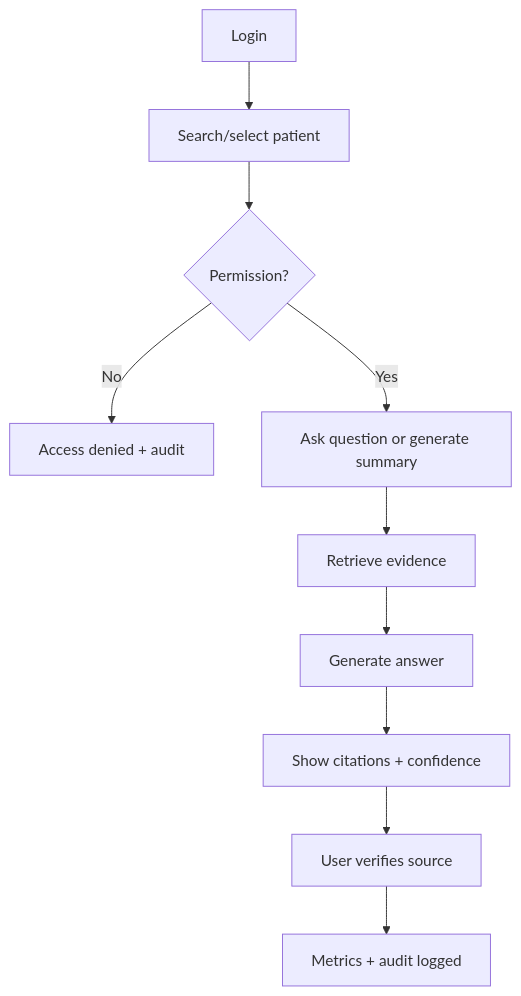
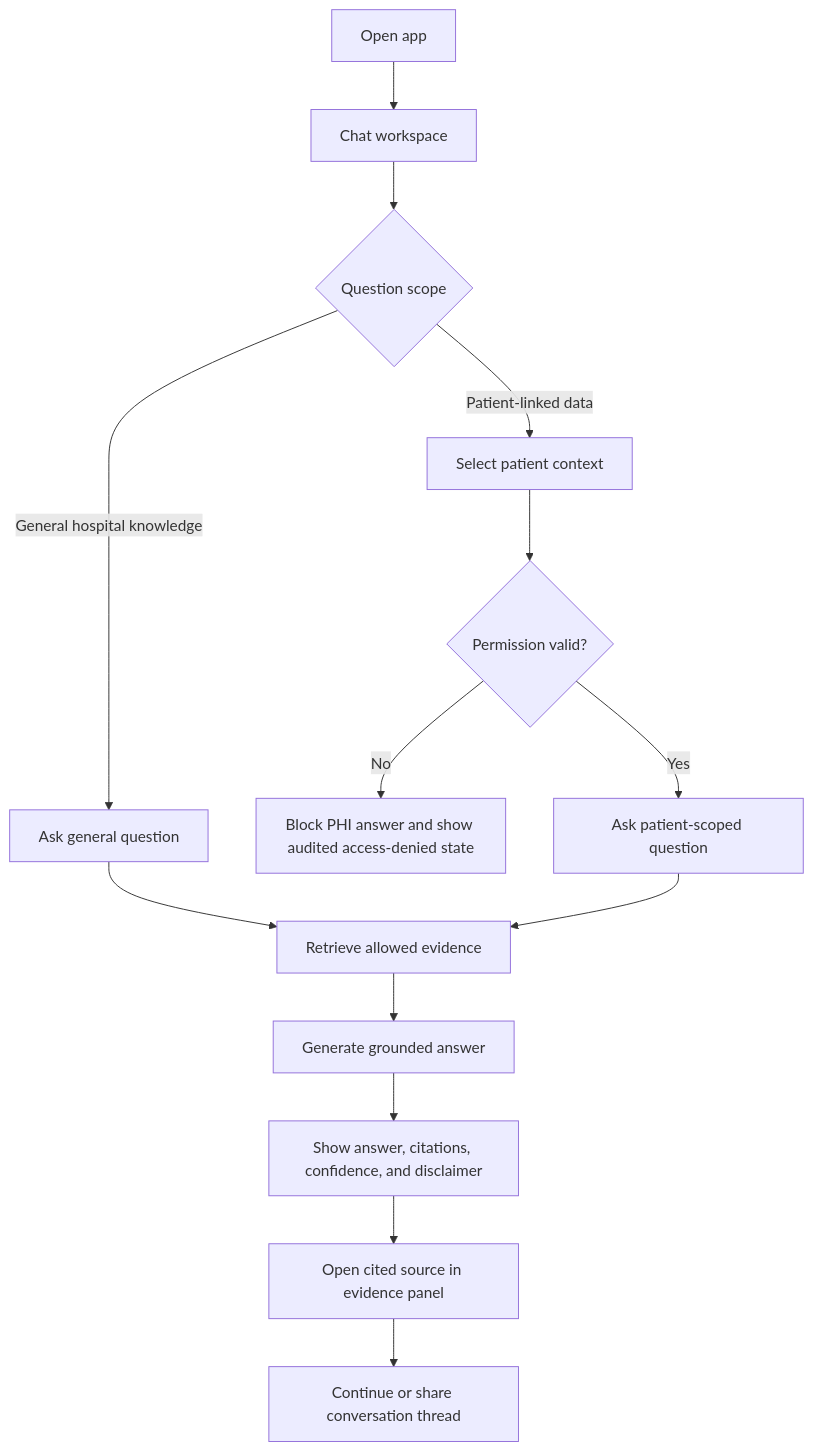
The diagram in docs/04_ui_ux_design_package.md (qwan30/chat-hospital-system), drawn with Mermaid before and after one commit. The commit also changed other lines of this file and 2 other files, not shown here.

Commit message:
feat(br-dyy.2): reconcile chat-first scope docs

````diff
--- a/docs/04_ui_ux_design_package.md
+++ b/docs/04_ui_ux_design_package.md
@@ -43,12 +67,16 @@
 ```mermaid
 flowchart TD
-    A[Login] --> B[Search/select patient]
-    B --> C{Permission?}
-    C -- No --> D[Access denied + audit]
-    C -- Yes --> E[Ask question or generate summary]
-    E --> F[Retrieve evidence]
-    F --> G[Generate answer]
-    G --> H[Show citations + confidence]
-    H --> I[User verifies source]
-    I --> J[Metrics + audit logged]
+    A[Open app] --> B[Chat workspace]
+    B --> C{Question scope}
+    C -- General hospital knowledge --> D[Ask general question]
+    C -- Patient-linked data --> E[Select patient context]
+    E --> F{Permission valid?}
+    F -- No --> G[Block PHI answer and show audited access-denied state]
+    F -- Yes --> H[Ask patient-scoped question]
+    D --> I[Retrieve allowed evidence]
+    H --> I
+    I --> J[Generate grounded answer]
+    J --> K[Show answer, citations, confidence, and disclaimer]
+    K --> L[Open cited source in evidence panel]
+    L --> M[Continue or share conversation thread]
 ```
````
